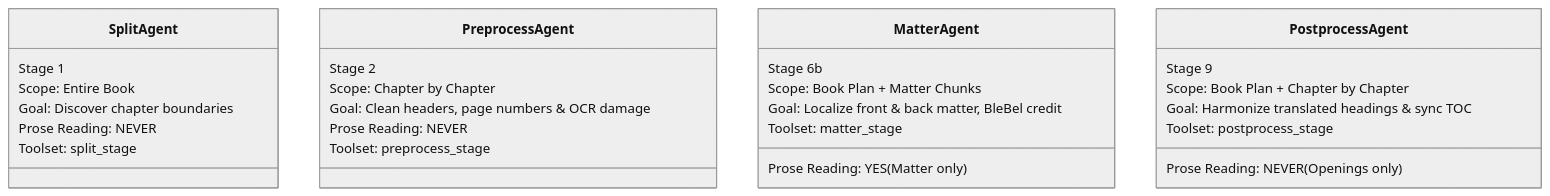
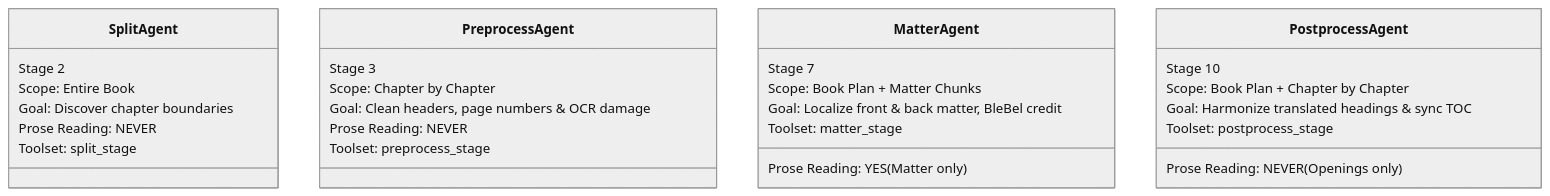
The first of 3 diagrams in docs/architecture/langgraph-agents.md (jovistos/blebel-ai-book-translator), drawn with Mermaid (neutral theme) before and after one commit. The commit also changed other lines of this file and 88 other files, not shown here.

````diff
--- a/docs/architecture/langgraph-agents.md
+++ b/docs/architecture/langgraph-agents.md
@@ -9,31 +9,31 @@
 ```mermaid
 classDiagram
     class SplitAgent {
-        Stage 1
+        Stage 2
         Scope: Entire Book
         Goal: Discover chapter boundaries
         Prose Reading: NEVER
         Toolset: split_stage
     }
     class PreprocessAgent {
-        Stage 2
+        Stage 3
         Scope: Chapter by Chapter
         Goal: Clean headers, page numbers & OCR damage
         Prose Reading: NEVER
         Toolset: preprocess_stage
     }
     class MatterAgent {
-        Stage 6b
+        Stage 7
         Scope: Book Plan + Matter Chunks
         Goal: Localize front & back matter, BleBel credit
         Prose Reading: YES (Matter only)
         Toolset: matter_stage
     }
     class PostprocessAgent {
-        Stage 9
+        Stage 10
         Scope: Book Plan + Chapter by Chapter
         Goal: Harmonize translated headings & sync TOC
         Prose Reading: NEVER (Openings only)
         Toolset: postprocess_stage
     }
 ```
````
